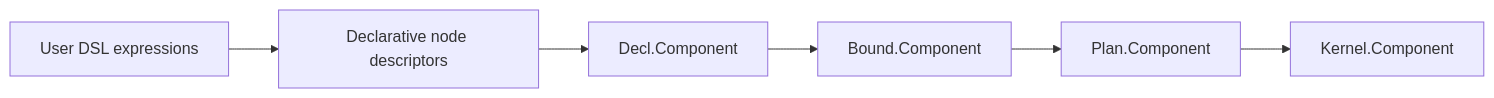
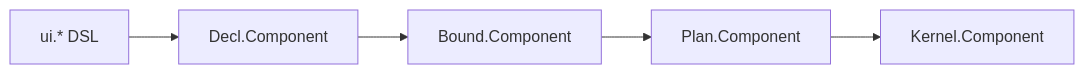
The diagram in docs/design/09-authoring-api.md (cperion/terraui), drawn with Mermaid before and after one commit. The commit also changed other lines of this file and 3 other files, not shown here.

Commit message:
Sync design docs with implemented kernel, DSL, and public API

````diff
--- a/docs/design/09-authoring-api.md
+++ b/docs/design/09-authoring-api.md
@@ -81,8 +95,7 @@
 ```mermaid
 flowchart LR
-    A[User DSL expressions] --> B[Declarative node descriptors]
-    B --> C[Decl.Component]
-    C --> D[Bound.Component]
-    D --> E[Plan.Component]
-    E --> F[Kernel.Component]
+    A[ui.* DSL] --> B[Decl.Component]
+    B --> C[Bound.Component]
+    C --> D[Plan.Component]
+    D --> E[Kernel.Component]
 ```
````
